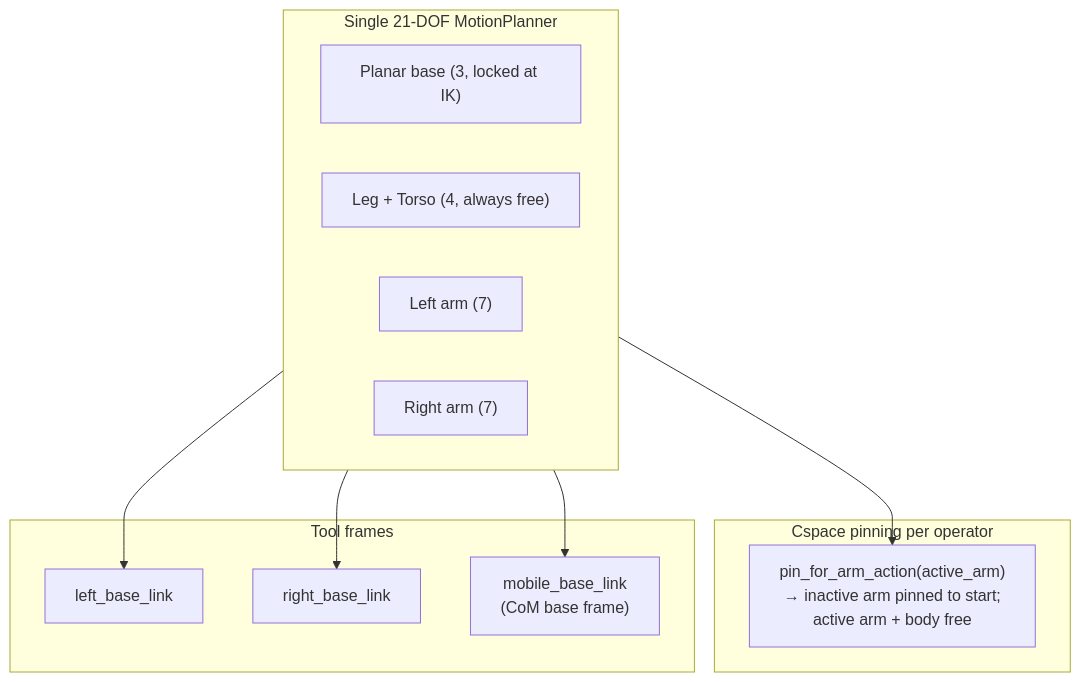
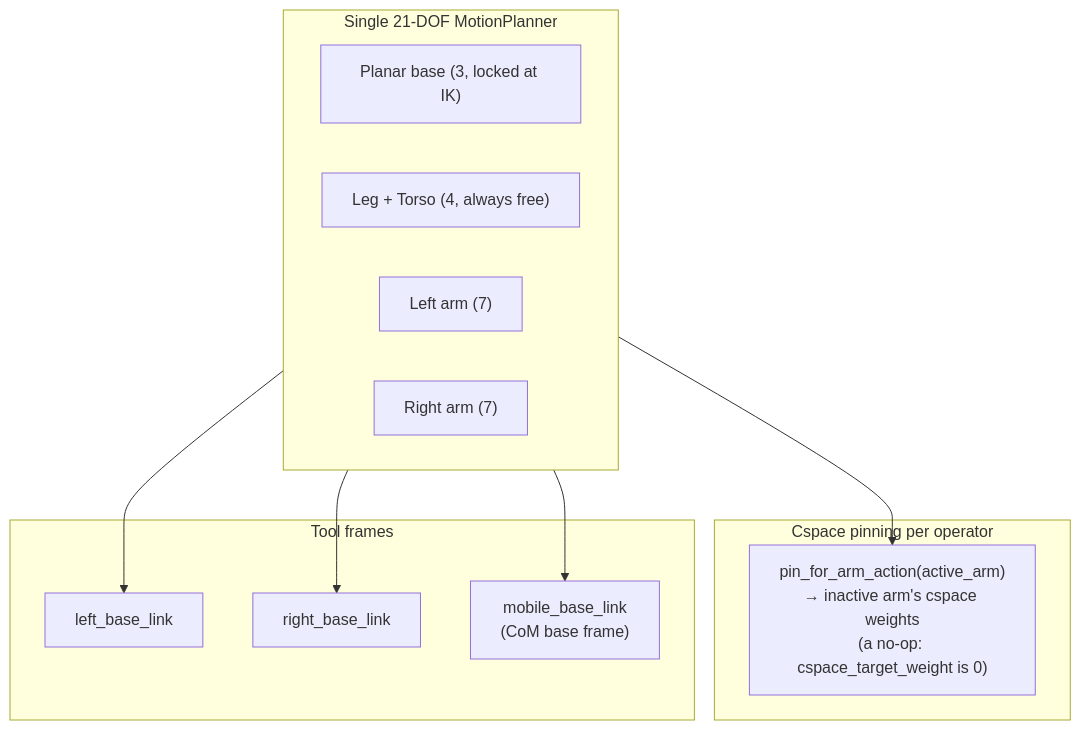
The second of 2 diagrams in README.md (helpYoon/cuTAMP), drawn with Mermaid before and after one commit. The commit also changed other lines of this file and 8 other files, not shown here.

First line of the commit message:
docs(arms): the cspace pin is a no-op; only IK's goal holds the idle hand (B15)

````diff
--- a/README.md
+++ b/README.md
@@ -97,24 +97,24 @@
 ```mermaid
 graph TD
     subgraph Planner [Single 21-DOF MotionPlanner]
         Base["Planar base (3, locked at IK)"]
         Body["Leg + Torso (4, always free)"]
         L["Left arm (7)"]
         R["Right arm (7)"]
     end
 
     subgraph Pinning [Cspace pinning per operator]
-        ArmOp["pin_for_arm_action(active_arm)<br/>→ inactive arm pinned to start;<br/>active arm + body free"]
+        ArmOp["pin_for_arm_action(active_arm)<br/>→ inactive arm's cspace weights<br/>(a no-op: cspace_target_weight is 0)"]
     end
 
     subgraph Tools [Tool frames]
         LT["left_base_link"]
         RT["right_base_link"]
         BT["mobile_base_link<br/>(CoM base frame)"]
     end
 
     Planner --> ArmOp
     Planner --> LT
     Planner --> RT
     Planner --> BT
 ```
````
